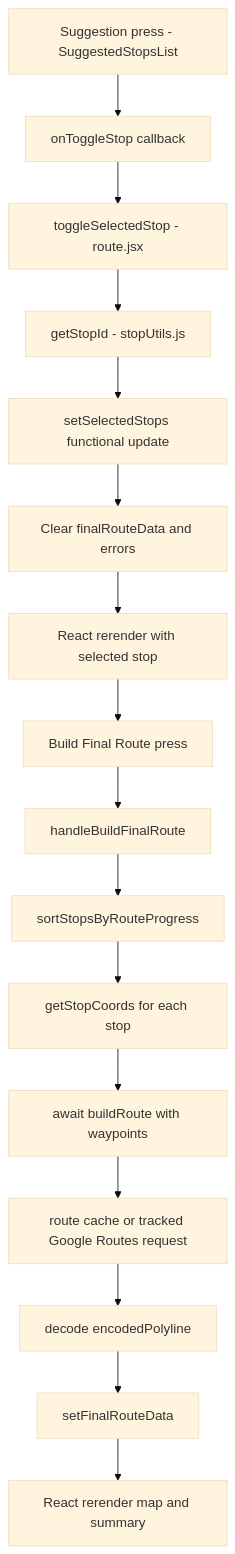
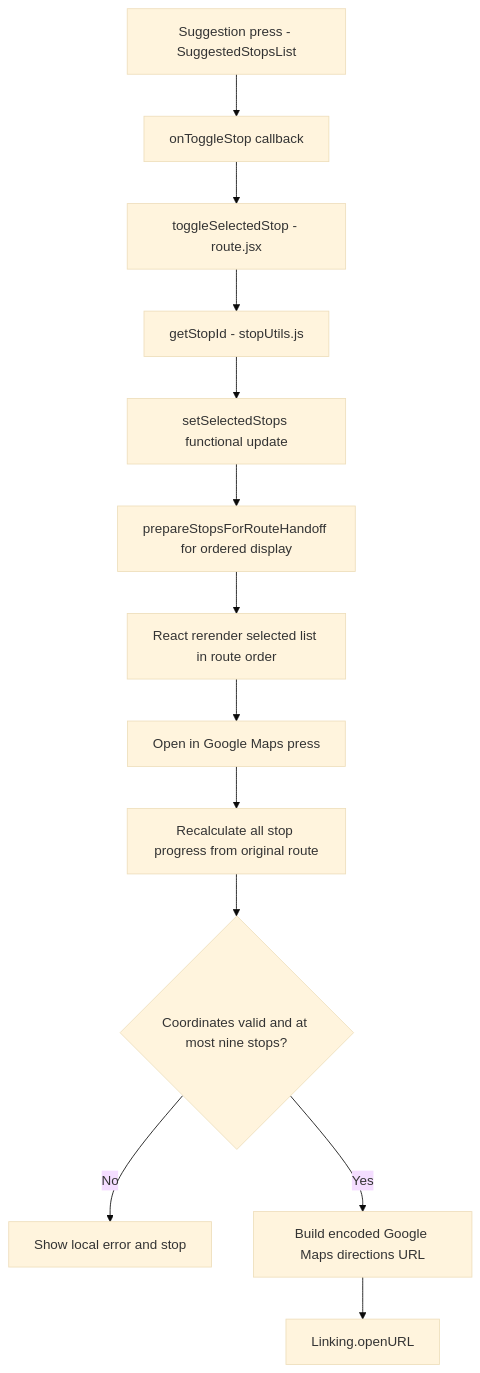
Before and after one commit to RJD72/wandernorth: the fourth of 6 diagrams in FLOW.md, drawn with Mermaid (base theme). The commit also changed other lines of this file and 20 other files, not shown here.

````diff
--- a/FLOW.md
+++ b/FLOW.md
@@ -164,18 +164,15 @@
 ```mermaid
 flowchart TD
   A["Suggestion press - SuggestedStopsList"] --> B["onToggleStop callback"]
   B --> C["toggleSelectedStop - route.jsx"]
   C --> D["getStopId - stopUtils.js"]
   D --> E["setSelectedStops functional update"]
-  E --> F["Clear finalRouteData and errors"]
-  F --> G["React rerender with selected stop"]
-  G --> H["Build Final Route press"]
-  H --> I["handleBuildFinalRoute"]
-  I --> J["sortStopsByRouteProgress"]
-  J --> K["getStopCoords for each stop"]
-  K --> L["await buildRoute with waypoints"]
-  L --> M["route cache or tracked Google Routes request"]
-  M --> N["decode encodedPolyline"]
-  N --> O["setFinalRouteData"]
-  O --> P["React rerender map and summary"]
+  E --> F["prepareStopsForRouteHandoff for ordered display"]
+  F --> G["React rerender selected list in route order"]
+  G --> H["Open in Google Maps press"]
+  H --> I["Recalculate all stop progress from original route"]
+  I --> J{"Coordinates valid and at most nine stops?"}
+  J -- No --> K["Show local error and stop"]
+  J -- Yes --> L["Build encoded Google Maps directions URL"]
+  L --> M["Linking.openURL"]
 ```
````
